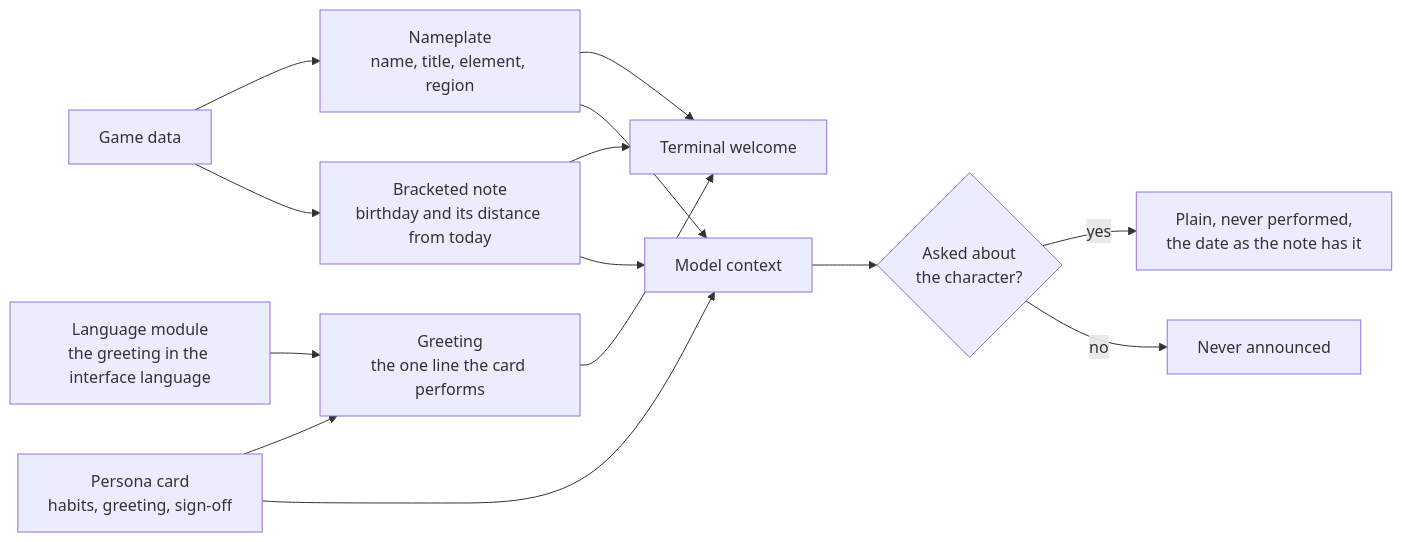
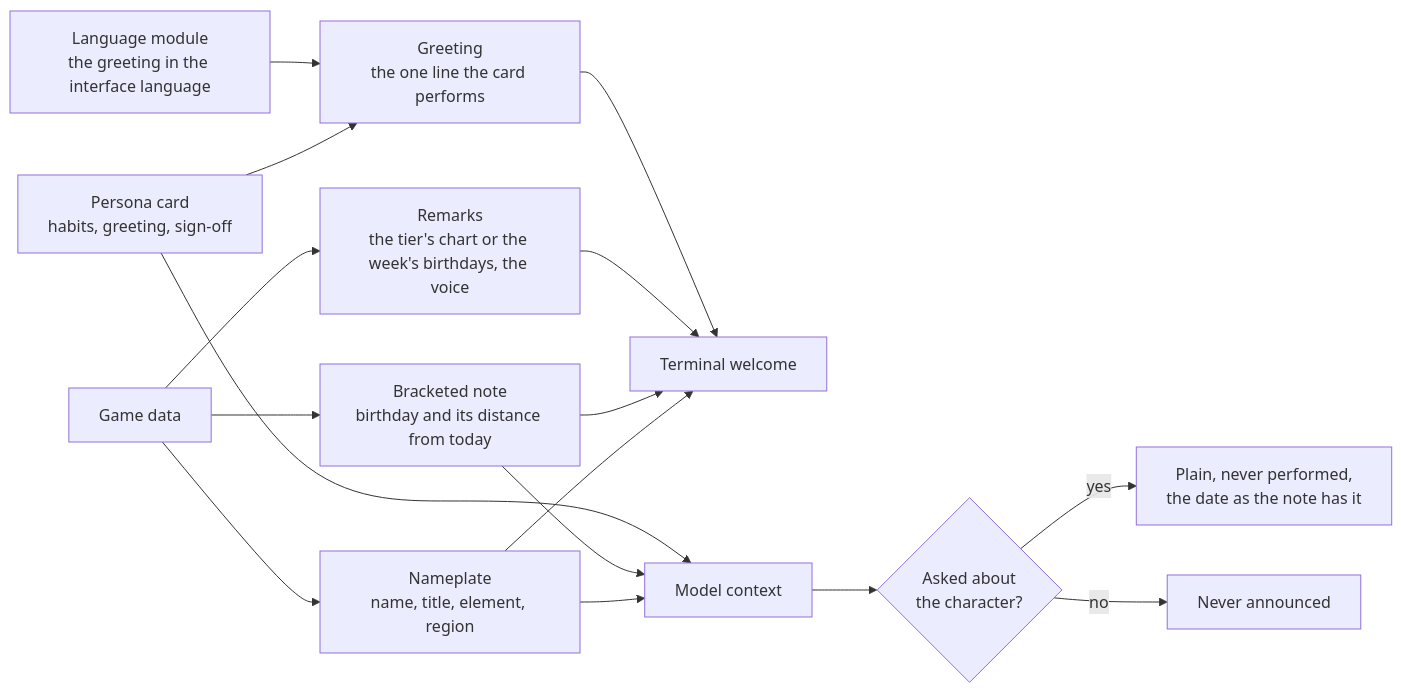
Before and after one commit to Esposter/Esposter: the fourth of 6 diagrams in apps/web/content/docs/infra/claude-interface/persona-plugin.md, drawn with Mermaid. The commit also changed other lines of this file and 23 other files, not shown here.

````diff
--- a/apps/web/content/docs/infra/claude-interface/persona-plugin.md
+++ b/apps/web/content/docs/infra/claude-interface/persona-plugin.md
@@ -152,25 +158,27 @@
 ```mermaid
 flowchart LR
     Data["Game data"]
     PersonaCard["Persona card<br/>habits, greeting, sign-off"]
     Headline["Nameplate<br/>name, title, element, region"]
     Note["Bracketed note<br/>birthday and its distance from today"]
+    Remarks["Remarks<br/>the tier's chart or the week's birthdays, the voice"]
     Language["Language module<br/>the greeting in the interface language"]
     Greeting["Greeting<br/>the one line the card performs"]
     Terminal["Terminal welcome"]
     Context["Model context"]
     Asked{Asked about<br/>the character?}
     Answer["Plain, never performed,<br/>the date as the note has it"]
     Silent["Never announced"]
 
     Data --> Headline --> Terminal
     Data --> Note --> Terminal
+    Data --> Remarks --> Terminal
     PersonaCard --> Greeting --> Terminal
     Language --> Greeting
     Headline --> Context
     Note --> Context
     PersonaCard --> Context
     Context --> Asked
     Asked -- yes --> Answer
     Asked -- no --> Silent
 ```
````
